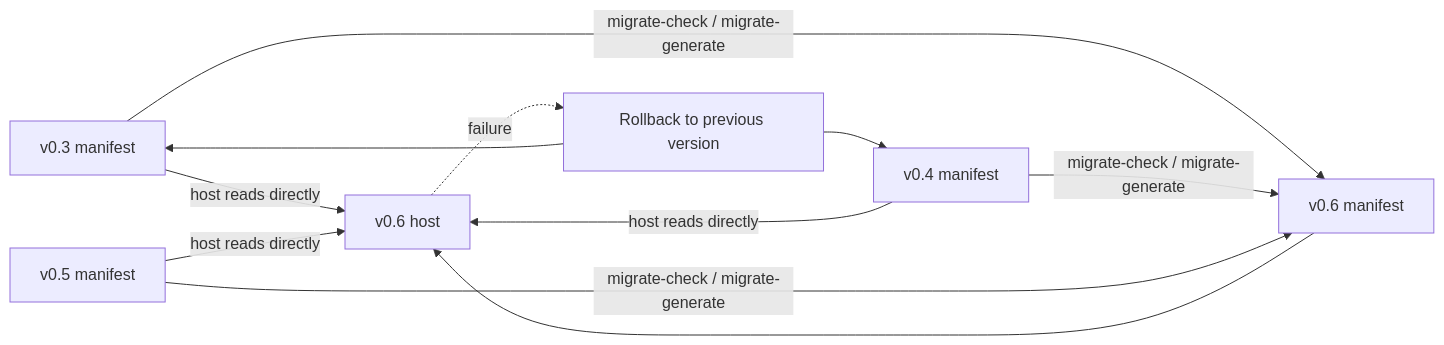
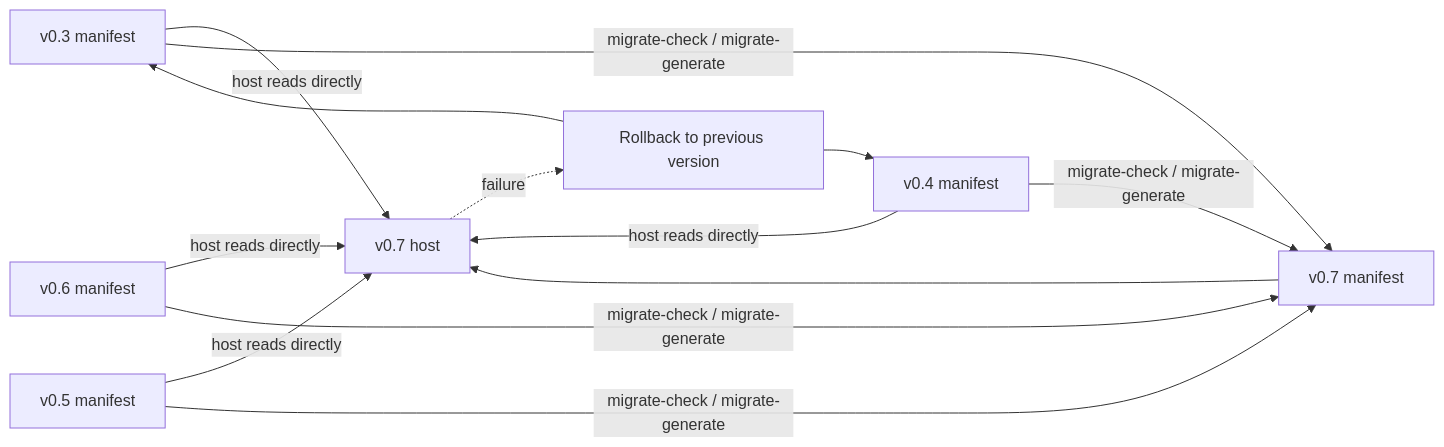
Diagram 11 of 11 in docs/en/architecture.md (limecloud/agentapp), drawn with Mermaid before and after one commit. The commit also changed other lines of this file and 63 other files, not shown here.

````diff
--- a/docs/en/architecture.md
+++ b/docs/en/architecture.md
@@ -271,13 +345,15 @@
 ```mermaid
 flowchart LR
-  v03[v0.3 manifest] -->|host reads directly| v06Host[v0.6 host]
-  v04[v0.4 manifest] -->|host reads directly| v06Host
-  v05[v0.5 manifest] -->|host reads directly| v06Host
-  v03 -->|migrate-check / migrate-generate| v06[v0.6 manifest]
-  v04 -->|migrate-check / migrate-generate| v06
-  v05 -->|migrate-check / migrate-generate| v06
-  v06 --> v06Host
-  v06Host -. failure .-> Rollback[Rollback to previous version]
+  v03[v0.3 manifest] -->|host reads directly| v07Host[v0.7 host]
+  v04[v0.4 manifest] -->|host reads directly| v07Host
+  v06[v0.6 manifest] -->|host reads directly| v07Host
+  v05[v0.5 manifest] -->|host reads directly| v07Host
+  v03 -->|migrate-check / migrate-generate| v07[v0.7 manifest]
+  v04 -->|migrate-check / migrate-generate| v07
+  v06 -->|migrate-check / migrate-generate| v07
+  v05 -->|migrate-check / migrate-generate| v07
+  v07 --> v07Host
+  v07Host -. failure .-> Rollback[Rollback to previous version]
   Rollback --> v04
   Rollback --> v03
 ```
````
